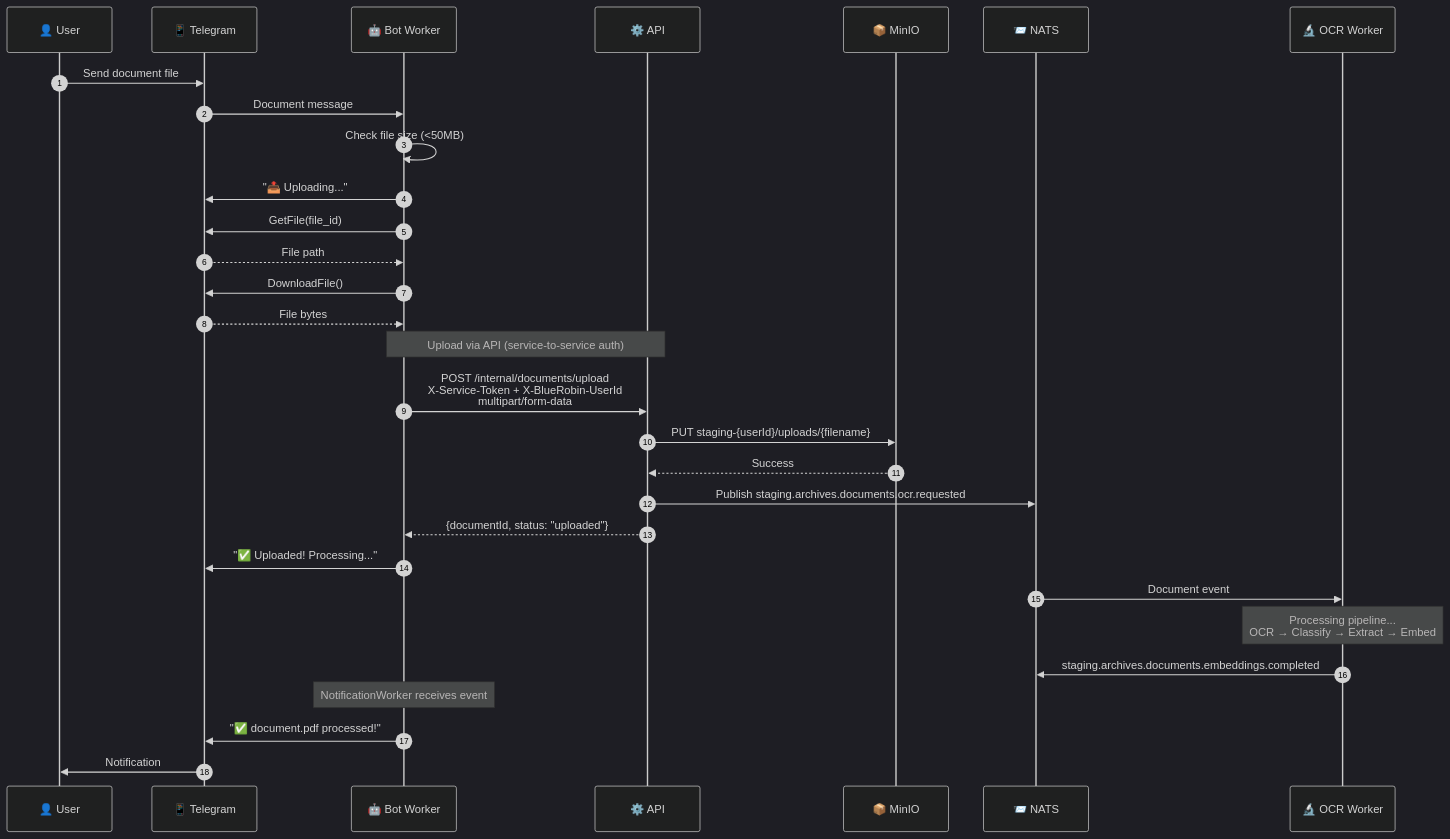
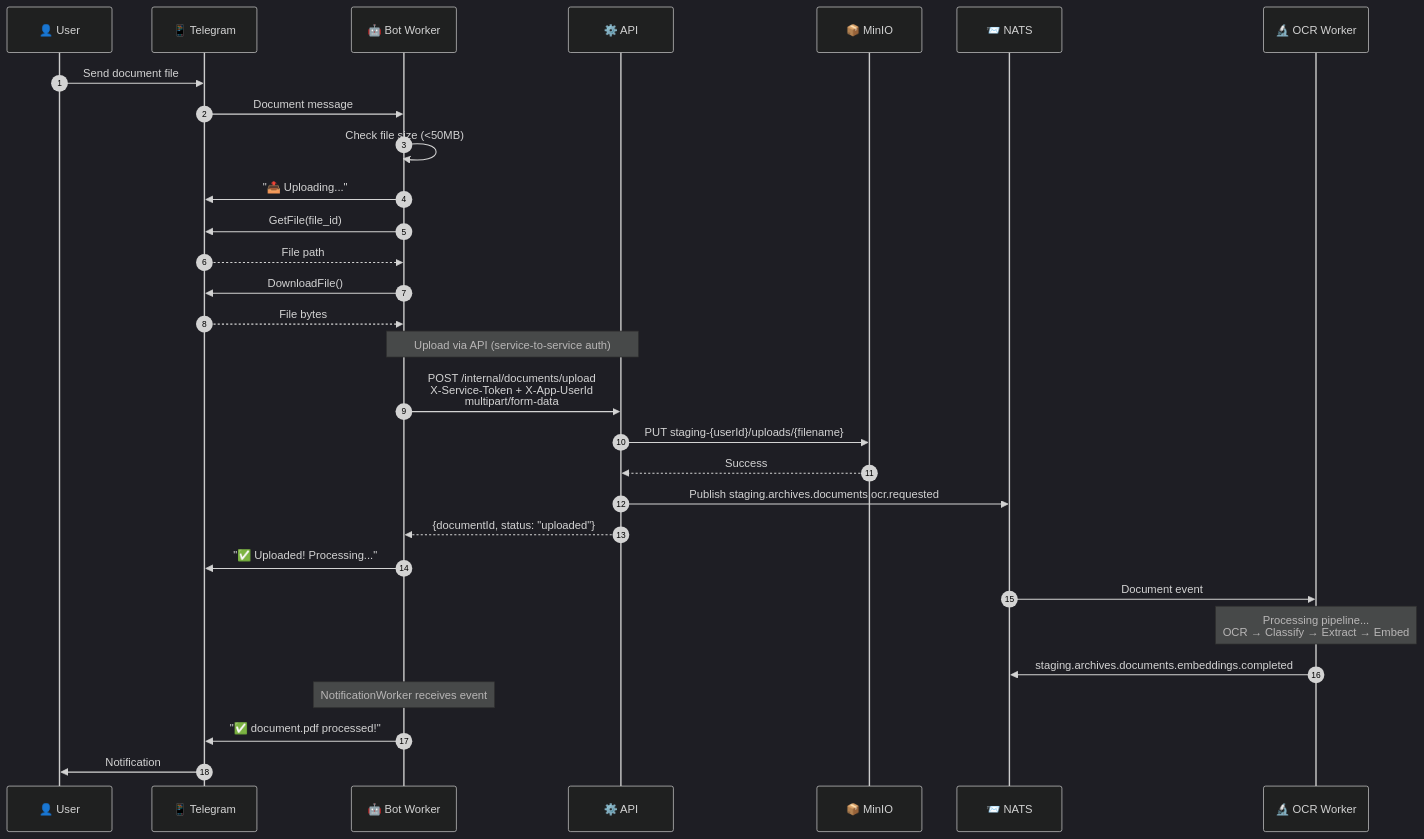
The seventh of 8 diagrams in src/content/blog/telegram-integration-architecture-diagrams.mdx (viktorrobin/bluerobin-blog), drawn with Mermaid (dark theme) before and after one commit. The commit also changed other lines of this file and 111 other files, not shown here.

````diff
--- a/src/content/blog/telegram-integration-architecture-diagrams.mdx
+++ b/src/content/blog/telegram-integration-architecture-diagrams.mdx
@@ -352,42 +353,42 @@
 ```mermaid
 sequenceDiagram
     autonumber
     participant U as 👤 User
     participant TG as 📱 Telegram
     participant Bot as 🤖 Bot Worker
     participant API as ⚙️ API
     participant MinIO as 📦 MinIO
     participant NATS as 📨 NATS
     participant OCR as 🔬 OCR Worker
     
     U->>TG: Send document file
     TG->>Bot: Document message
     
     Bot->>Bot: Check file size (<50MB)
     Bot->>TG: "📤 Uploading..."
     
     Bot->>TG: GetFile(file_id)
     TG-->>Bot: File path
     Bot->>TG: DownloadFile()
     TG-->>Bot: File bytes
     
     Note over Bot,API: Upload via API (service-to-service auth)
-    Bot->>API: POST /internal/documents/upload<br/>X-Service-Token + X-BlueRobin-UserId<br/>multipart/form-data
+    Bot->>API: POST /internal/documents/upload<br/>X-Service-Token + X-App-UserId<br/>multipart/form-data
     API->>MinIO: PUT staging-{userId}/uploads/{filename}
     MinIO-->>API: Success
     API->>NATS: Publish staging.archives.documents.ocr.requested
     API-->>Bot: {documentId, status: "uploaded"}
     
     Bot->>TG: "✅ Uploaded! Processing..."
     
     NATS->>OCR: Document event
     
     Note over OCR: Processing pipeline...<br/>OCR → Classify → Extract → Embed
     
     OCR->>NATS: staging.archives.documents.embeddings.completed
     
     Note over Bot: NotificationWorker receives event
     
     Bot->>TG: "✅ document.pdf processed!"
     TG->>U: Notification
 ```
````
